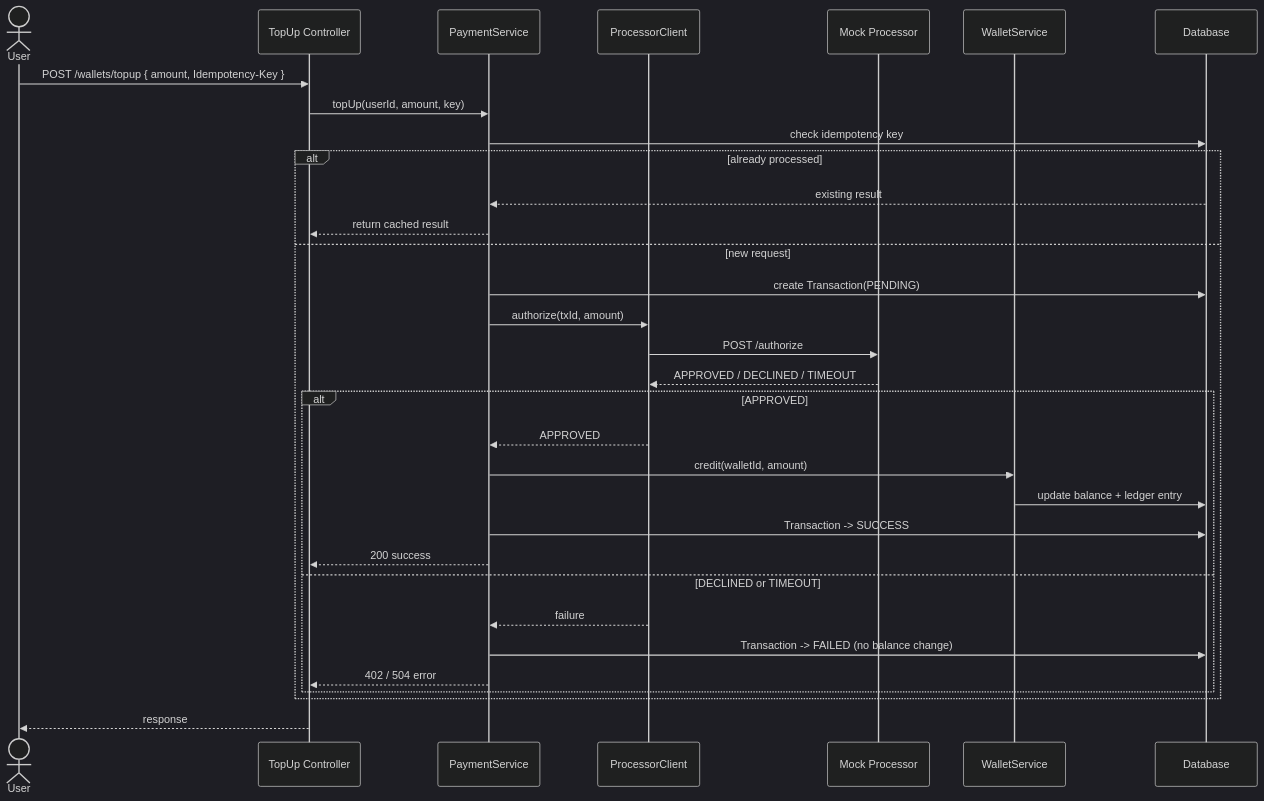
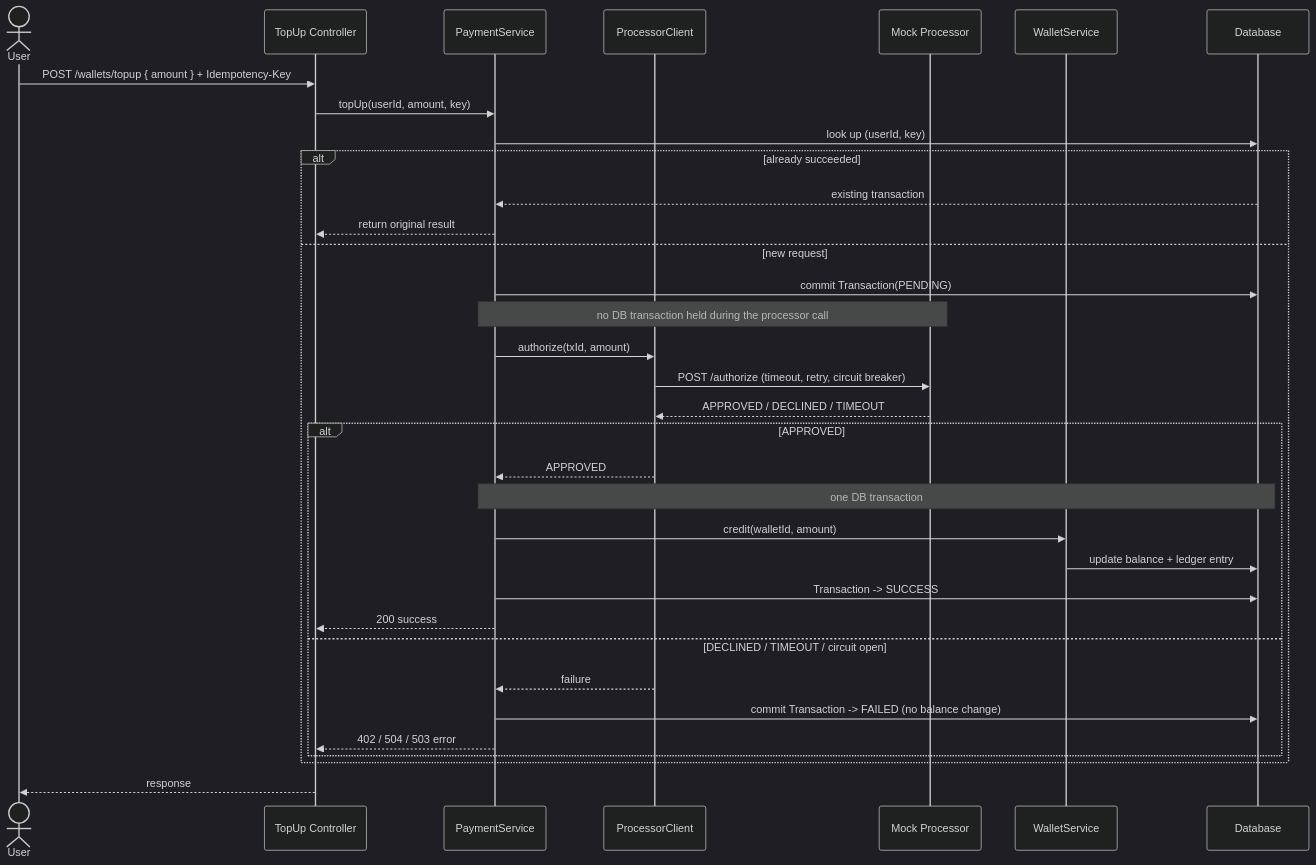
The third of 5 diagrams in docs/HLD.md (M-o-m-e-n/finthos), drawn with Mermaid (dark theme) before and after one commit. The commit also changed other lines of this file, not shown here.

Commit message:
docs(hld): describe the real module graph and transaction boundaries

````diff
--- a/docs/HLD.md
+++ b/docs/HLD.md
@@ -107,35 +118,37 @@
 ```mermaid
 sequenceDiagram
     actor U as User
     participant API as TopUp Controller
     participant SVC as PaymentService
     participant PROC as ProcessorClient
     participant MOCK as Mock Processor
     participant WAL as WalletService
     participant DB as Database
 
-    U->>API: POST /wallets/topup { amount, Idempotency-Key }
+    U->>API: POST /wallets/topup { amount } + Idempotency-Key
     API->>SVC: topUp(userId, amount, key)
-    SVC->>DB: check idempotency key
-    alt already processed
-        DB-->>SVC: existing result
-        SVC-->>API: return cached result
+    SVC->>DB: look up (userId, key)
+    alt already succeeded
+        DB-->>SVC: existing transaction
+        SVC-->>API: return original result
     else new request
-        SVC->>DB: create Transaction(PENDING)
+        SVC->>DB: commit Transaction(PENDING)
+        Note over SVC,MOCK: no DB transaction held during the processor call
         SVC->>PROC: authorize(txId, amount)
-        PROC->>MOCK: POST /authorize
+        PROC->>MOCK: POST /authorize (timeout, retry, circuit breaker)
         MOCK-->>PROC: APPROVED / DECLINED / TIMEOUT
         alt APPROVED
             PROC-->>SVC: APPROVED
+            Note over SVC,DB: one DB transaction
             SVC->>WAL: credit(walletId, amount)
             WAL->>DB: update balance + ledger entry
             SVC->>DB: Transaction -> SUCCESS
             SVC-->>API: 200 success
-        else DECLINED or TIMEOUT
+        else DECLINED / TIMEOUT / circuit open
             PROC-->>SVC: failure
-            SVC->>DB: Transaction -> FAILED (no balance change)
-            SVC-->>API: 402 / 504 error
+            SVC->>DB: commit Transaction -> FAILED (no balance change)
+            SVC-->>API: 402 / 504 / 503 error
         end
     end
     API-->>U: response
 ```
````
